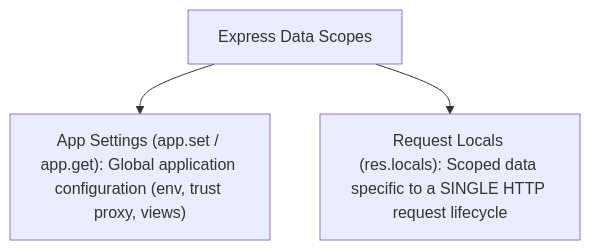
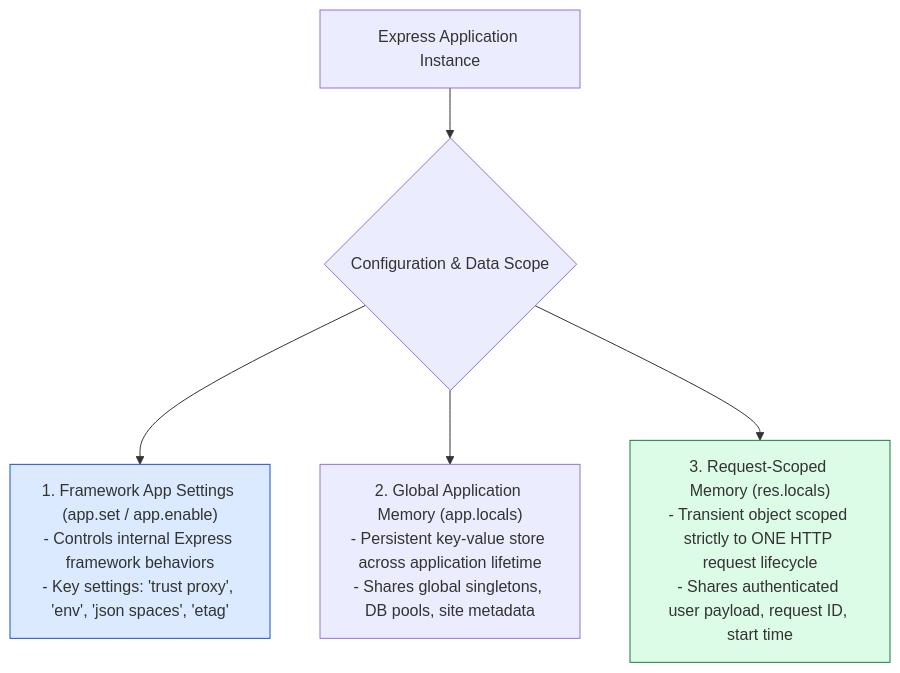
Before and after one commit to Amie-dev/engineering-playbook: the first of 3 diagrams in express-notes/21-app-settings.md, drawn with Mermaid. The commit also changed other lines of this file and 26 other files, not shown here.

````diff
--- a/express-notes/21-app-settings.md
+++ b/express-notes/21-app-settings.md
@@ -10,5 +13,13 @@
 ```mermaid
-graph TD
-    Scope[Express Data Scopes] --> AppScope["App Settings (app.set / app.get): Global application configuration (env, trust proxy, views)"]
-    Scope --> ReqScope["Request Locals (res.locals): Scoped data specific to a SINGLE HTTP request lifecycle"]
+flowchart TD
+    ExpressApp[Express Application Instance] --> Scope{Configuration & Data Scope}
+
+    Scope --> AppSettings["1. Framework App Settings (app.set / app.enable)<br/>- Controls internal Express framework behaviors<br/>- Key settings: 'trust proxy', 'env', 'json spaces', 'etag'"]
+
+    Scope --> AppLocals["2. Global Application Memory (app.locals)<br/>- Persistent key-value store across application lifetime<br/>- Shares global singletons, DB pools, site metadata"]
+
+    Scope --> ResLocals["3. Request-Scoped Memory (res.locals)<br/>- Transient object scoped strictly to ONE HTTP request lifecycle<br/>- Shares authenticated user payload, request ID, start time"]
+
+    style AppSettings fill:#dbeafe,stroke:#1d4ed8
+    style ResLocals fill:#dcfce7,stroke:#15803d
 ```
````
